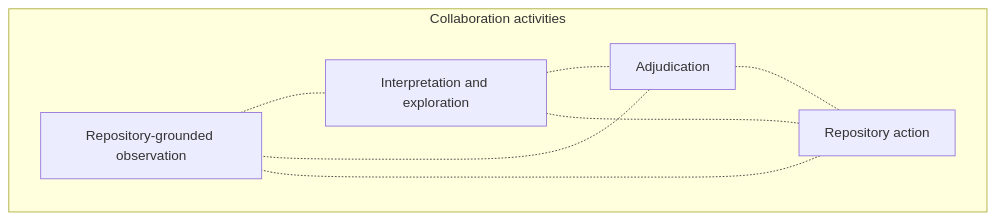
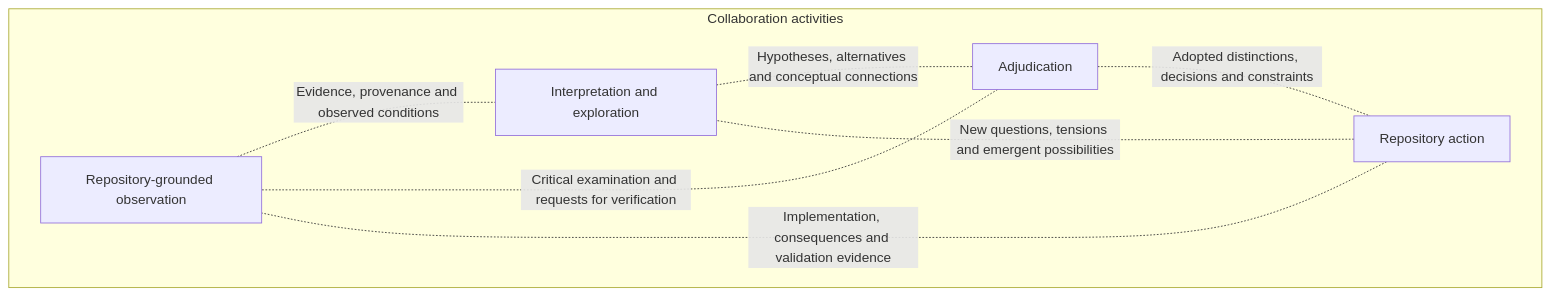
Before and after one commit to incus-skills/nvim-heredoc: the first of 2 diagrams in docs/collaboration-model.md, drawn with Mermaid. The commit also changed other lines of this file, not shown here.

Commit message:
docs: preserve interpretive distinctions in collaboration model

````diff
--- a/docs/collaboration-model.md
+++ b/docs/collaboration-model.md
@@ -55,16 +55,16 @@
 ```mermaid
 flowchart TD
     subgraph collaboration["Collaboration activities"]
         O["Repository-grounded observation"]
         I["Interpretation and exploration"]
         A["Adjudication"]
         R["Repository action"]
 
-        O -.- I
-        I -.- A
-        A -.- O
-        A -.- R
-        R -.- O
-        R -.- I
+        O -.-|"Evidence, provenance and observed conditions"| I
+        I -.-|"Hypotheses, alternatives and conceptual connections"| A
+        A -.-|"Critical examination and requests for verification"| O
+        A -.-|"Adopted distinctions, decisions and constraints"| R
+        R -.-|"Implementation, consequences and validation evidence"| O
+        R -.-|"New questions, tensions and emergent possibilities"| I
     end
 ```
````
